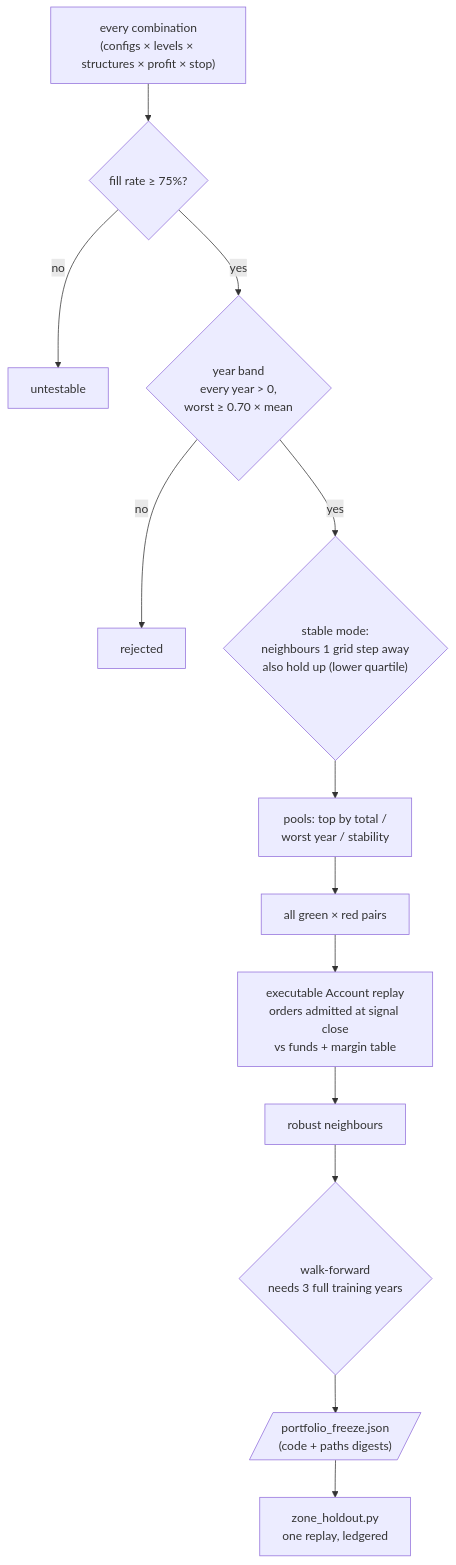
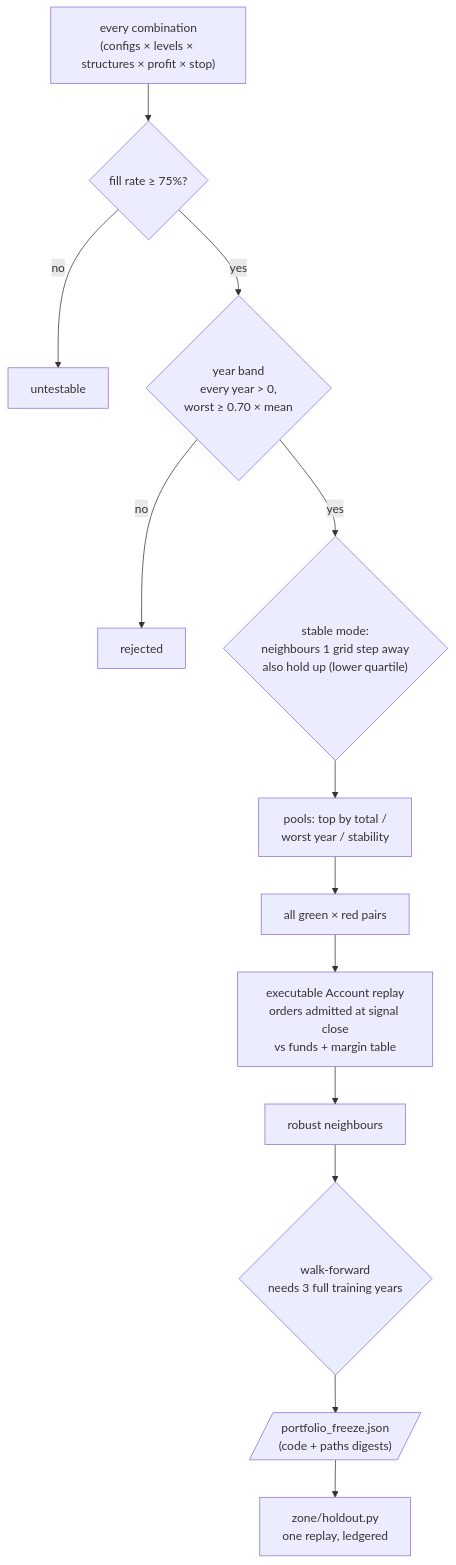
Before and after one commit to UBags/NIFTY_IV_RESEARCH: the tenth of 14 diagrams in README.md, drawn with Mermaid. The commit also changed other lines of this file and 297 other files, not shown here.

````diff
--- a/README.md
+++ b/README.md
@@ -356,16 +356,16 @@
 ```mermaid
 flowchart TB
     ALL["every combination<br/>(configs × levels × structures × profit × stop)"]
     ALL --> F1{"fill rate ≥ 75%?"}
     F1 -- no --> X1["untestable"]
     F1 -- yes --> F2{"year band<br/>every year > 0,<br/>worst ≥ 0.70 × mean"}
     F2 -- no --> X2["rejected"]
     F2 -- yes --> F3{"stable mode:<br/>neighbours 1 grid step away<br/>also hold up (lower quartile)"}
     F3 --> POOL["pools: top by total /<br/>worst year / stability"]
     POOL --> PAIR["all green × red pairs"]
     PAIR --> ACC["executable Account replay<br/>orders admitted at signal close<br/>vs funds + margin table"]
     ACC --> ROB["robust neighbours"]
     ROB --> WF{"walk-forward<br/>needs 3 full training years"}
     WF --> FREEZE[/"portfolio_freeze.json<br/>(code + paths digests)"/]
-    FREEZE --> HO["zone_holdout.py<br/>one replay, ledgered"]
+    FREEZE --> HO["zone/holdout.py<br/>one replay, ledgered"]
 ```
````
